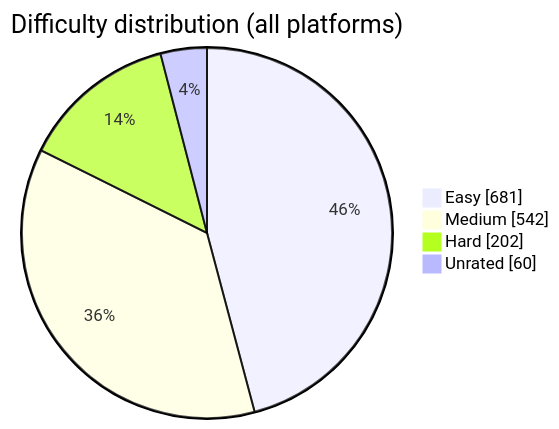
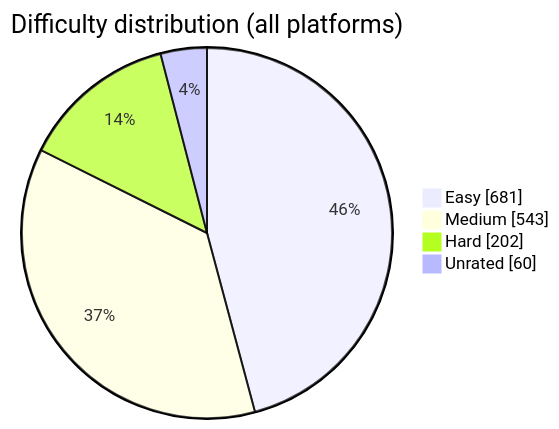
Before and after one commit to BuildbyArindam/Daily-Coding-Log: the diagram in README.md, drawn with Mermaid. The commit also changed other lines of this file, not shown here.

````diff
--- a/README.md
+++ b/README.md
@@ -93,7 +93,7 @@
 ```mermaid
 pie showData title Difficulty distribution (all platforms)
     "Easy" : 681
-    "Medium" : 542
+    "Medium" : 543
     "Hard" : 202
     "Unrated" : 60
 ```
````
